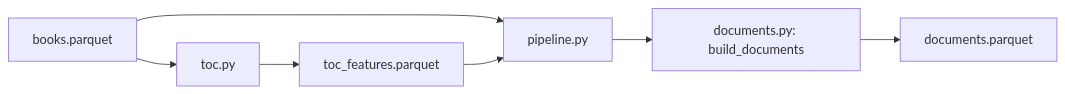
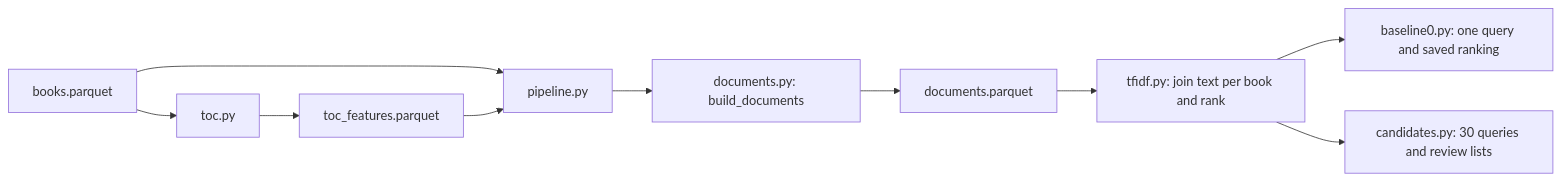
The diagram in docs/architecture.md (dominiclizarraga/bookpath_v2), drawn with Mermaid before and after one commit. The commit also changed other lines of this file and 21 other files, not shown here.

Commit message:
Add TF-IDF baseline, candidate review, references, and CI

````diff
--- a/docs/architecture.md
+++ b/docs/architecture.md
@@ -6,9 +7,12 @@
 ```mermaid
 flowchart LR
     A["books.parquet"] --> T["toc.py"]
     T --> B["toc_features.parquet"]
     A --> P["pipeline.py"]
     B --> P
     P --> D["documents.py: build_documents"]
     D --> O["documents.parquet"]
+    O --> F["tfidf.py: join text per book and rank"]
+    F --> R["baseline0.py: one query and saved ranking"]
+    F --> C["candidates.py: 30 queries and review lists"]
 ```
````
